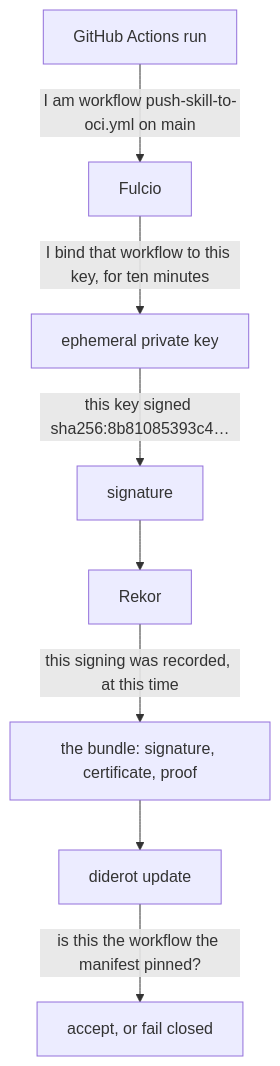
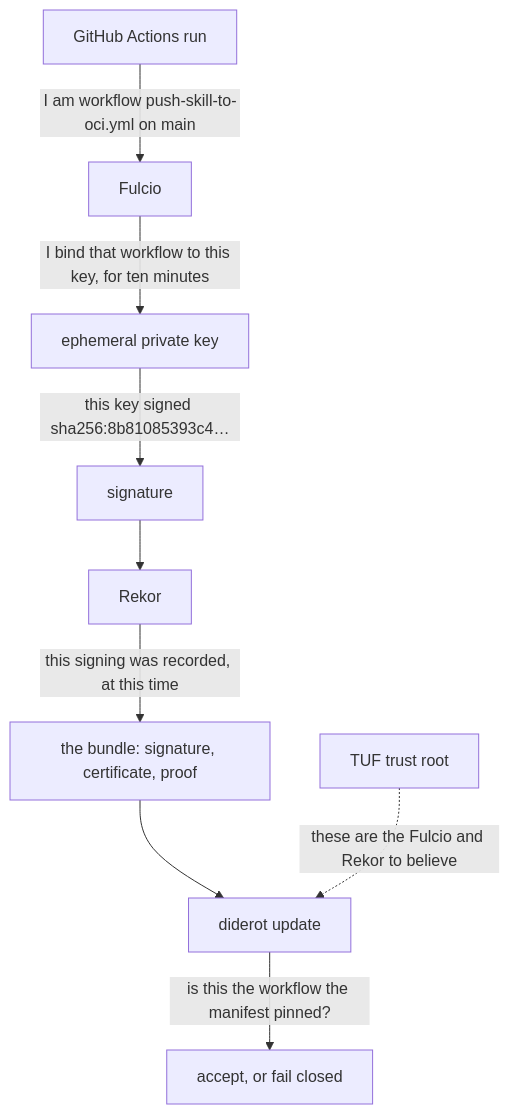
The third of 3 diagrams in doc/making-of/07-signing-foundations.md (sunix/diderot), drawn with Mermaid before and after one commit. The commit also changed other lines of this file and 1 other file, not shown here.

````diff
--- a/doc/making-of/07-signing-foundations.md
+++ b/doc/making-of/07-signing-foundations.md
@@ -410,10 +519,11 @@
 ```mermaid
 flowchart TD
     GH["GitHub Actions run"] -->|"I am workflow push-skill-to-oci.yml on main"| FU["Fulcio"]
     FU -->|"I bind that workflow to this key, for ten minutes"| KEY["ephemeral private key"]
     KEY -->|"this key signed sha256:8b81085393c4…"| SIG["signature"]
     SIG --> RK["Rekor"]
     RK -->|"this signing was recorded, at this time"| EV["the bundle: signature, certificate, proof"]
     EV --> DID["diderot update"]
+    TUF["TUF trust root"] -.->|"these are the Fulcio and Rekor to believe"| DID
     DID -->|"is this the workflow the manifest pinned?"| OUT["accept, or fail closed"]
 ```
````
